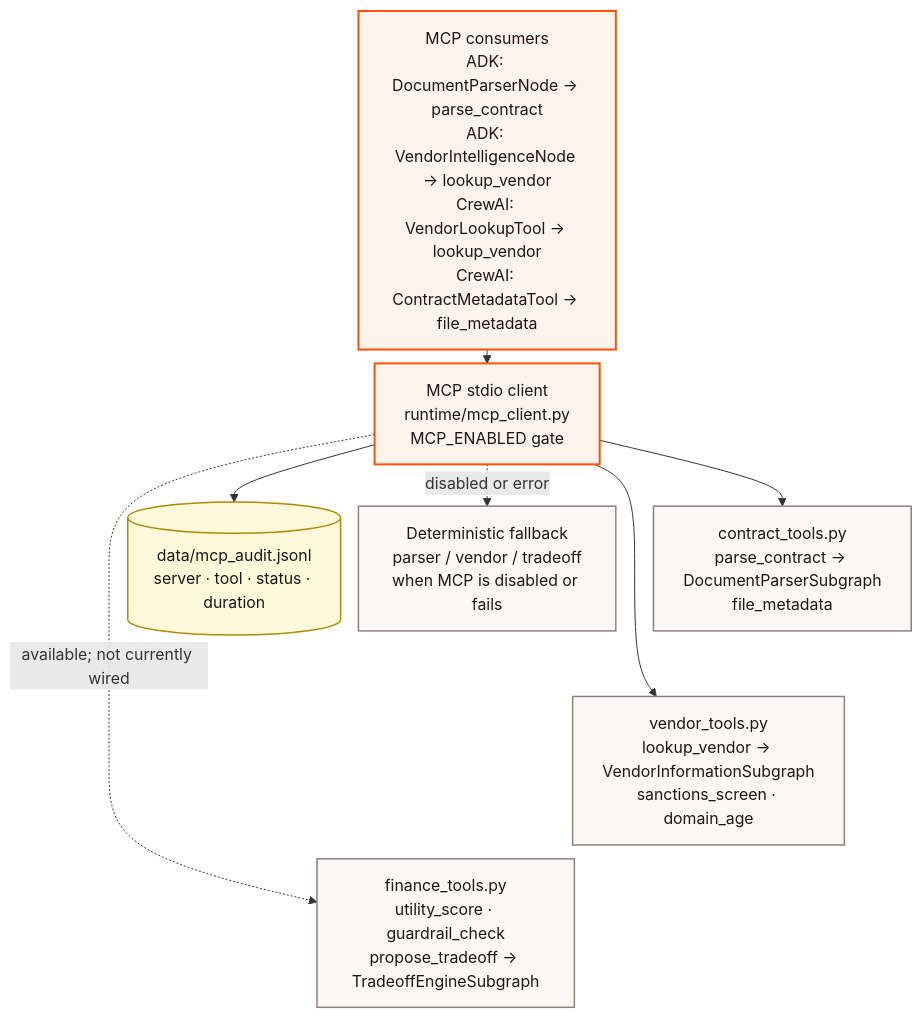
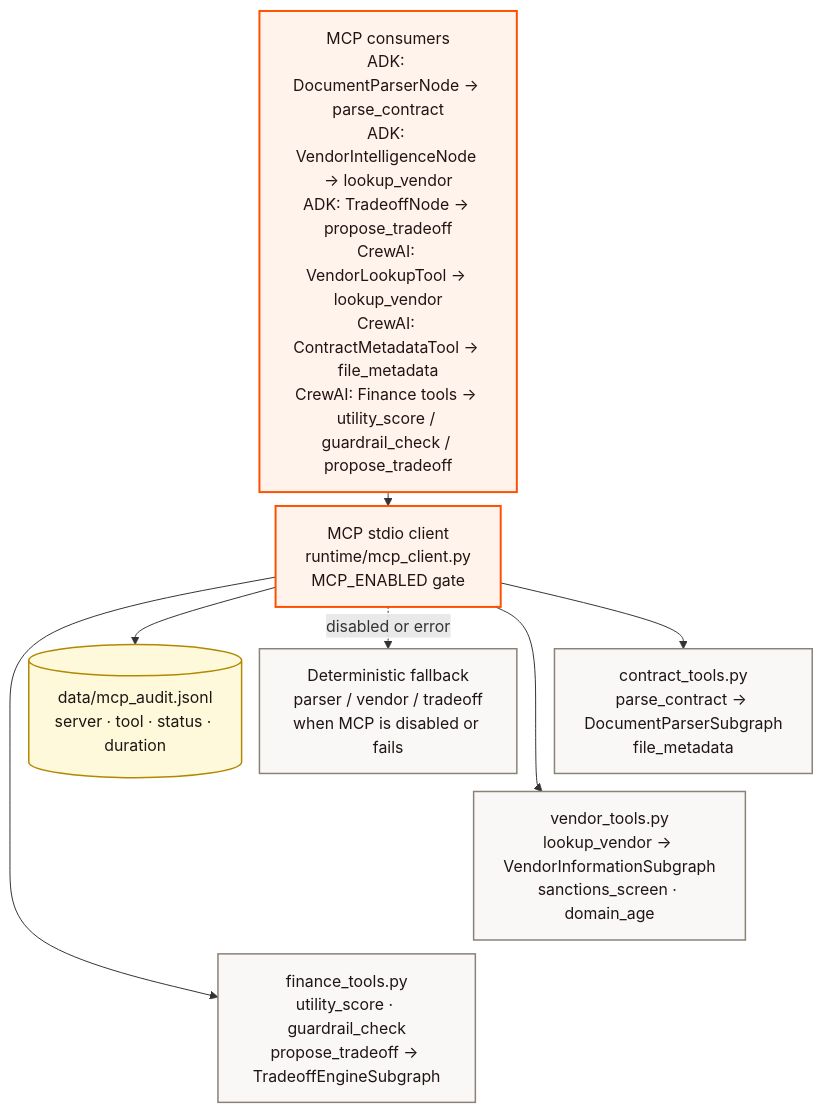
One commit to sjreal/RedLiner changed the diagram in docs/diagrams/mcp-architecture.mmd. Above: the diagram before and after it, drawn with Mermaid. The commit also changed 11 other files, not shown here.

First line of the commit message:
feat: wire finance MCP into ADK and CrewAI

```diff
--- a/docs/diagrams/mcp-architecture.mmd
+++ b/docs/diagrams/mcp-architecture.mmd
@@ -1,24 +1,24 @@
 %%{init: {"layout": "dagre", "flowchart": {"nodeSpacing": 18, "rankSpacing": 14, "diagramPadding": 4, "curve": "basis"}}}%%
 flowchart TD
     classDef app fill:#FFF3EB,stroke:#FF4F00,stroke-width:2px,color:#201515;
     classDef tool fill:#F9F8F6,stroke:#8A8178,stroke-width:1.5px,color:#201515;
     classDef store fill:#FFF9DB,stroke:#B08900,stroke-width:1.5px,color:#201515;
 
-    Consumers["MCP consumers<br/>ADK: DocumentParserNode → parse_contract<br/>ADK: VendorIntelligenceNode → lookup_vendor<br/>CrewAI: VendorLookupTool → lookup_vendor<br/>CrewAI: ContractMetadataTool → file_metadata"]:::app
+    Consumers["MCP consumers<br/>ADK: DocumentParserNode → parse_contract<br/>ADK: VendorIntelligenceNode → lookup_vendor<br/>ADK: TradeoffNode → propose_tradeoff<br/>CrewAI: VendorLookupTool → lookup_vendor<br/>CrewAI: ContractMetadataTool → file_metadata<br/>CrewAI: Finance tools → utility_score / guardrail_check / propose_tradeoff"]:::app
 
     Client["MCP stdio client<br/>runtime/mcp_client.py<br/>MCP_ENABLED gate"]:::app
 
     Contract["contract_tools.py<br/>parse_contract → DocumentParserSubgraph<br/>file_metadata"]:::tool
     Vendor["vendor_tools.py<br/>lookup_vendor → VendorInformationSubgraph<br/>sanctions_screen · domain_age"]:::tool
     Finance["finance_tools.py<br/>utility_score · guardrail_check<br/>propose_tradeoff → TradeoffEngineSubgraph"]:::tool
 
     Audit[("data/mcp_audit.jsonl<br/>server · tool · status · duration")]:::store
     Fallback["Deterministic fallback<br/>parser / vendor / tradeoff<br/>when MCP is disabled or fails"]:::tool
 
     Consumers --> Client
     Client --> Contract
     Client --> Vendor
-    Client -.->|available; not currently wired| Finance
+    Client --> Finance
     Contract ~~~ Vendor ~~~ Finance
     Client --> Audit
     Client -.->|disabled or error| Fallback
```
